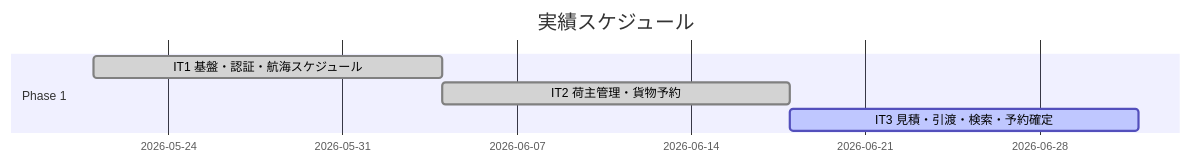
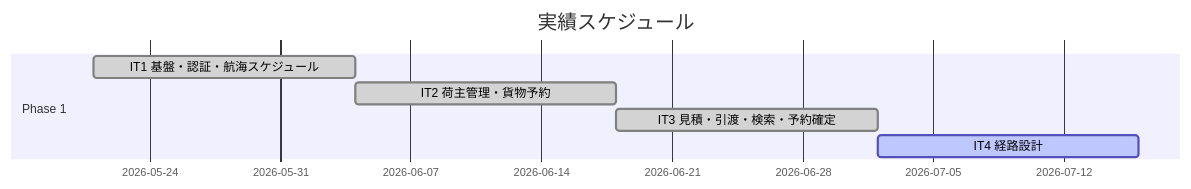
The second of 3 diagrams in docs/development/release_plan.md (k2works/case-study-cargo-tracker), drawn with Mermaid before and after one commit. The commit also changed other lines of this file and 4 other files, not shown here.

````diff
--- a/docs/development/release_plan.md
+++ b/docs/development/release_plan.md
@@ -148,9 +148,10 @@
 ```mermaid
 gantt
     title 実績スケジュール
     dateFormat  YYYY-MM-DD
     section Phase 1
     IT1 基盤・認証・航海スケジュール   :done, a1, 2026-05-21, 14d
     IT2 荷主管理・貨物予約             :done, a2, after a1, 14d
-    IT3 見積・引渡・検索・予約確定     :active, a3, after a2, 14d
+    IT3 見積・引渡・検索・予約確定     :done, a3, after a2, 14d
+    IT4 経路設計                        :active, a4, after a3, 14d
 ```
````
